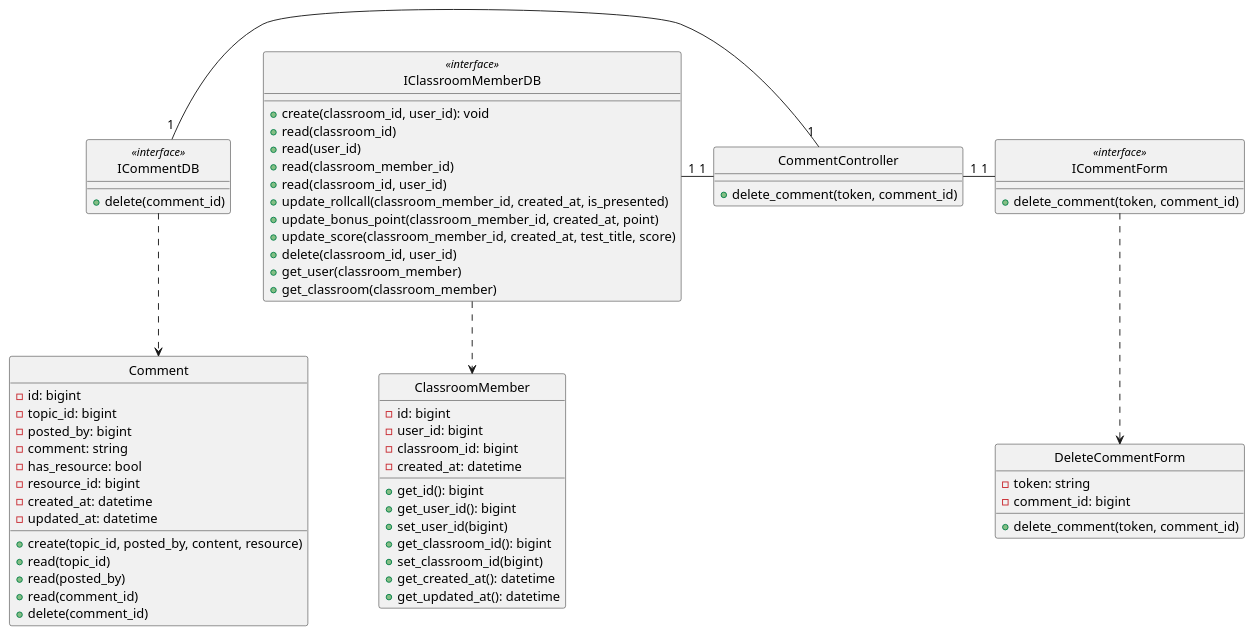
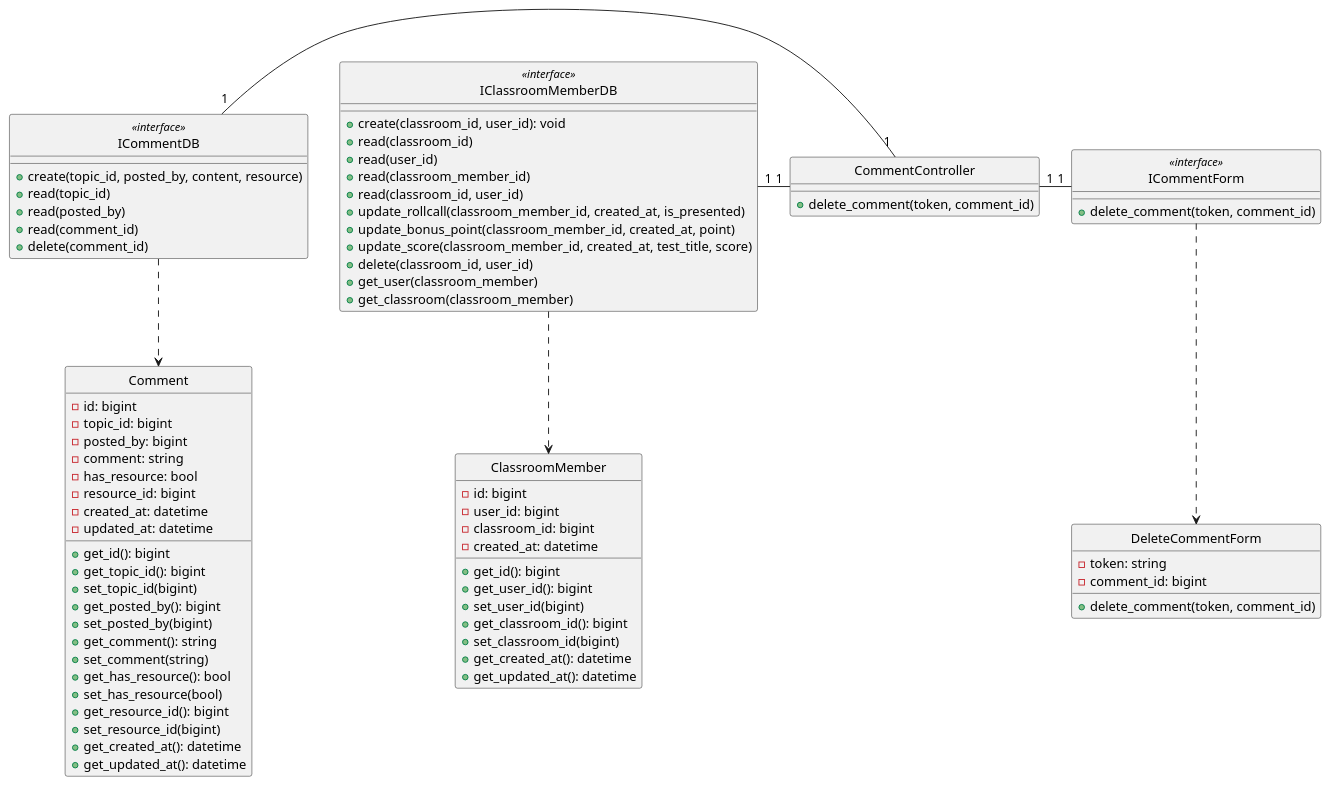
One commit to anonyhostvn/OOAD-Diagram changed the diagram in class - design/comment/deleteComment.plantuml. Above: the diagram before and after it, drawn with PlantUML. The commit also changed 2 other files, not shown here.

Commit message:
fix comment DB

```diff
--- a/class - design/comment/deleteComment.plantuml
+++ b/class - design/comment/deleteComment.plantuml
@@ -1,86 +1,98 @@
 @startuml deleteComment
 
 class DeleteCommentForm {
     - token: string
     - comment_id: bigint
 
     + delete_comment(token, comment_id)
 }
 
 class ICommentForm <<interface>> {
     + delete_comment(token, comment_id)
 }
 
 class CommentController {
     + delete_comment(token, comment_id)
 }
 
 class ClassroomMember {
     - id: bigint
     - user_id: bigint
     - classroom_id: bigint
     - created_at: datetime
 
     + get_id(): bigint
     + get_user_id(): bigint
     + set_user_id(bigint)
     + get_classroom_id(): bigint
     + set_classroom_id(bigint)
     + get_created_at(): datetime
     + get_updated_at(): datetime
 }
 
 class IClassroomMemberDB <<interface>> {
     + create(classroom_id, user_id): void
     + read(classroom_id)
     + read(user_id)
     + read(classroom_member_id)
     + read(classroom_id, user_id)
     + update_rollcall(classroom_member_id, created_at, is_presented)
     + update_bonus_point(classroom_member_id, created_at, point)
     + update_score(classroom_member_id, created_at, test_title, score)
     + delete(classroom_id, user_id)
     + get_user(classroom_member)
     + get_classroom(classroom_member)
 }
 
 
 class Comment {
     - id: bigint
     - topic_id: bigint
     - posted_by: bigint
     - comment: string
     - has_resource: bool
     - resource_id: bigint
     - created_at: datetime
     - updated_at: datetime
 
+    + get_id(): bigint
+    + get_topic_id(): bigint
+    + set_topic_id(bigint)
+    + get_posted_by(): bigint
+    + set_posted_by(bigint)
+    + get_comment(): string
+    + set_comment(string)
+    + get_has_resource(): bool
+    + set_has_resource(bool)
+    + get_resource_id(): bigint
+    + set_resource_id(bigint)
+    + get_created_at(): datetime
+    + get_updated_at(): datetime
+}
+
+class ICommentDB <<interface>> {
     + create(topic_id, posted_by, content, resource)
     + read(topic_id)
     + read(posted_by)
     + read(comment_id)
-    + delete(comment_id)
-}
-
-class ICommentDB <<interface>> {
     + delete(comment_id)
 }
 
 hide DeleteCommentForm circle
 hide ICommentForm <<interface>> circle
 hide CommentController circle
 hide IClassroomMemberDB <<interface>> circle
 hide ClassroomMember circle
 hide ICommentDB <<interface>> circle
 hide Comment circle 
 
 
 ICommentForm .down.> DeleteCommentForm
 IClassroomMemberDB .down.> ClassroomMember
 ICommentDB .down.> Comment
 ICommentForm "1"-left-"1" CommentController
 CommentController "1"-left-"1" IClassroomMemberDB
 CommentController "1"-left-"1" ICommentDB
 
 
 @enduml
```
